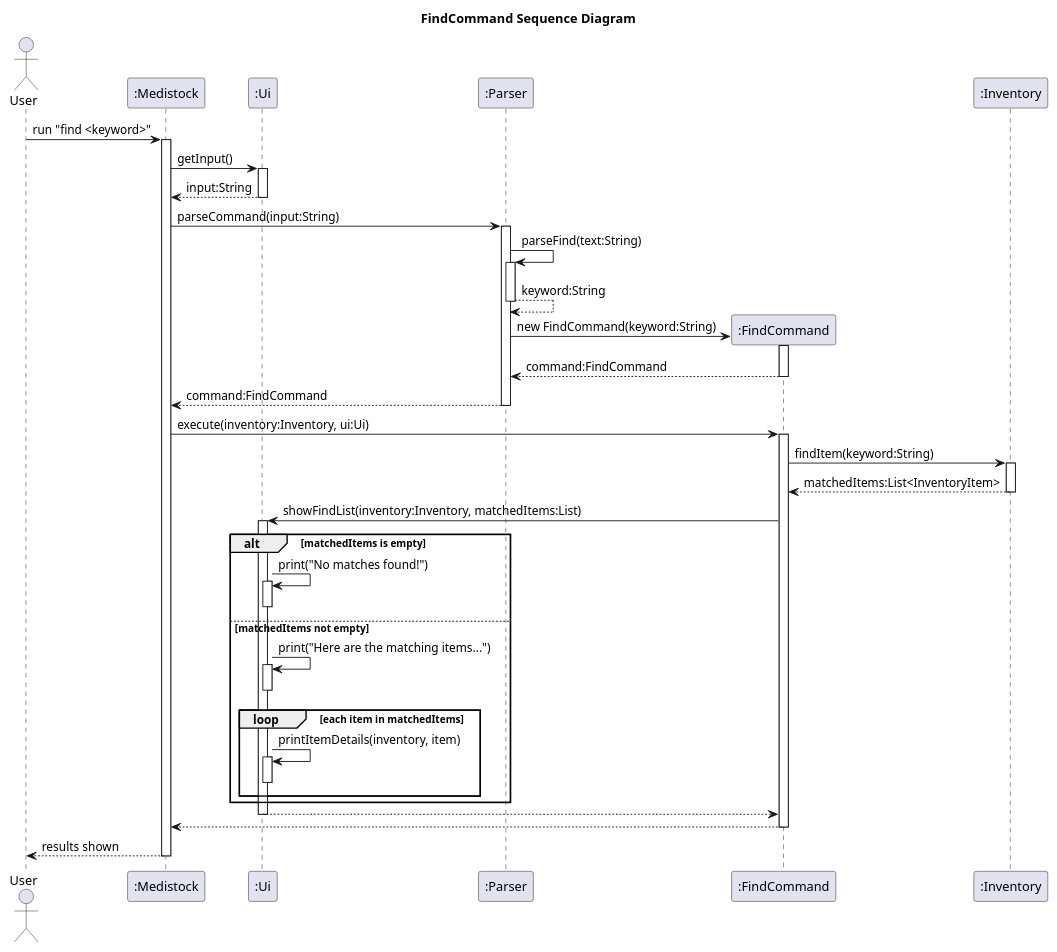
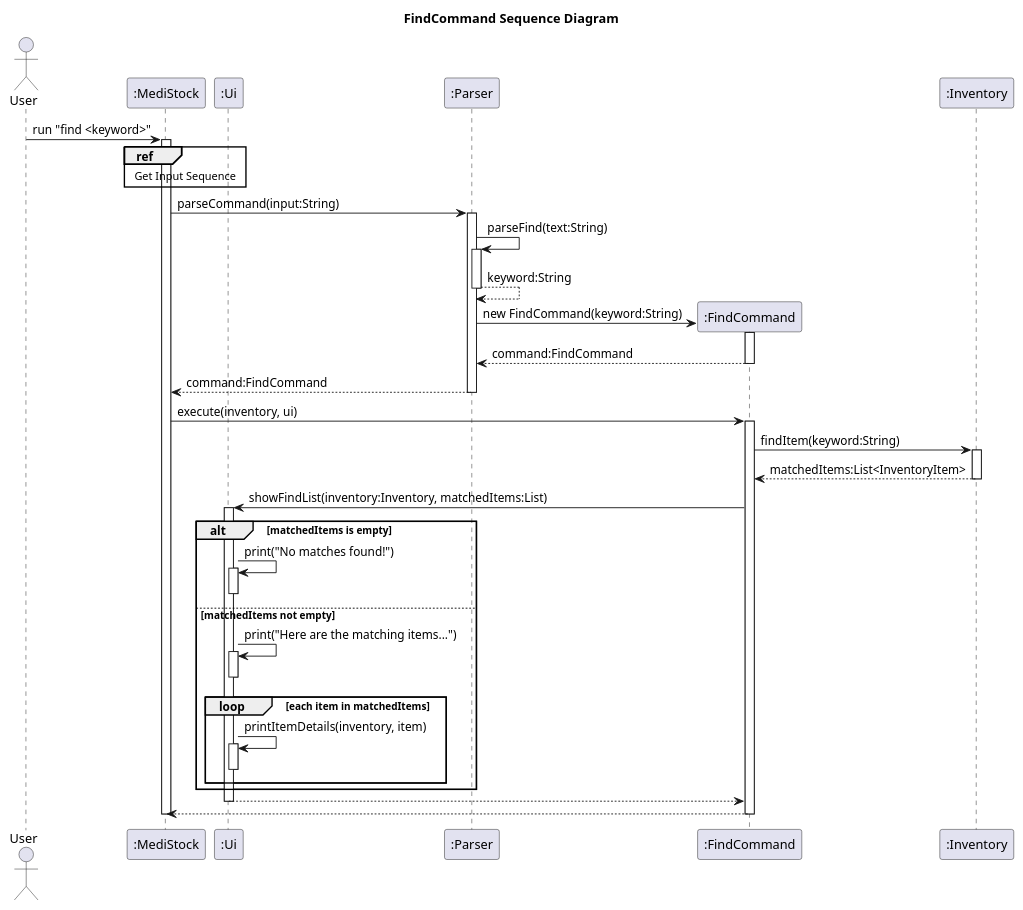
Before and after one commit to Yonish18/tp: the diagram in docs/uml/FindCommandSequenceDiagram.puml, drawn with PlantUML. The commit also changed 25 other files, not shown here.

First line of the commit message:
Updated DG to correct sequence diagrams.

```diff
--- a/docs/uml/FindCommandSequenceDiagram.puml
+++ b/docs/uml/FindCommandSequenceDiagram.puml
@@ -1,72 +1,69 @@
 @startuml
 title FindCommand Sequence Diagram
 
 actor User
-participant ":Medistock" as App
+participant ":MediStock" as App
 participant ":Ui" as Ui
 participant ":Parser" as Parser
 participant ":FindCommand" as FindCommand
 participant ":Inventory" as Inventory
 
 User -> App : run "find <keyword>"
 activate App
-
-App -> Ui : getInput()
-activate Ui
-Ui --> App : input:String
-deactivate Ui
+ref over App, Ui
+    Get Input Sequence
+end
 
 App -> Parser : parseCommand(input:String)
 activate Parser
 
 Parser -> Parser : parseFind(text:String)
 activate Parser
 Parser --> Parser : keyword:String
 deactivate Parser
 
 create FindCommand
 Parser -> FindCommand : new FindCommand(keyword:String)
 activate FindCommand
 FindCommand --> Parser : command:FindCommand
 deactivate FindCommand
 
 Parser --> App : command:FindCommand
 deactivate Parser
 
-App -> FindCommand : execute(inventory:Inventory, ui:Ui)
+App -> FindCommand : execute(inventory, ui)
 activate FindCommand
 
 FindCommand -> Inventory : findItem(keyword:String)
 activate Inventory
 Inventory --> FindCommand : matchedItems:List<InventoryItem>
 deactivate Inventory
 
 FindCommand -> Ui : showFindList(inventory:Inventory, matchedItems:List)
 activate Ui
 
 alt matchedItems is empty
     Ui -> Ui : print("No matches found!")
     activate Ui
     deactivate Ui
 else matchedItems not empty
     Ui -> Ui : print("Here are the matching items...")
     activate Ui
     deactivate Ui
 
     loop each item in matchedItems
         Ui -> Ui : printItemDetails(inventory, item)
         activate Ui
         deactivate Ui
     end
 end
 
 Ui --> FindCommand
 deactivate Ui
 
 FindCommand --> App
 deactivate FindCommand
 
-App --> User : results shown
 deactivate App
 
 @enduml
```
